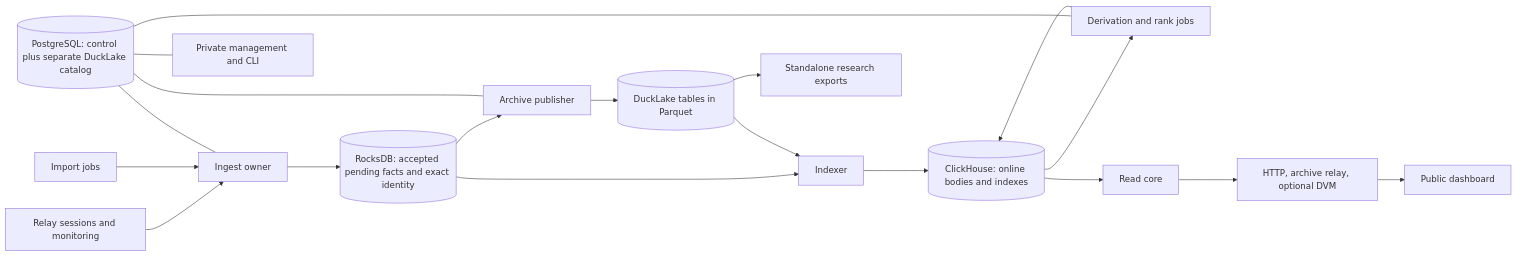
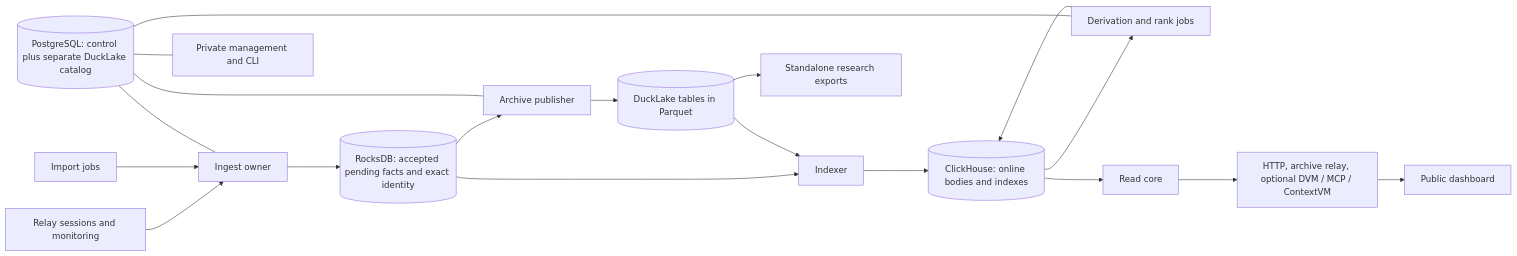
The diagram in docs/start-here.md (BigBrotr/bigbrotr-rs), drawn with Mermaid before and after one commit. The commit also changed other lines of this file and 73 other files, not shown here.

````diff
--- a/docs/start-here.md
+++ b/docs/start-here.md
@@ -27,21 +27,21 @@
 ```mermaid
 flowchart LR
   R[Relay sessions and monitoring] --> I[Ingest owner]
   F[Import jobs] --> I
   I --> W[(RocksDB: accepted pending facts and exact identity)]
   W --> A[Archive publisher]
   A --> L[(DuckLake tables in Parquet)]
   W --> X[Indexer]
   L --> X
   X --> C[(ClickHouse: online bodies and indexes)]
   C --> G[Derivation and rank jobs]
   G --> C
   C --> Q[Read core]
-  Q --> H[HTTP, archive relay, optional DVM]
+  Q --> H[HTTP, archive relay, optional DVM / MCP / ContextVM]
   H --> U[Public dashboard]
   L --> E[Standalone research exports]
   P[(PostgreSQL: control plus separate DuckLake catalog)] --- I
   P --- A
   P --- G
   P --- M[Private management and CLI]
 ```
````
